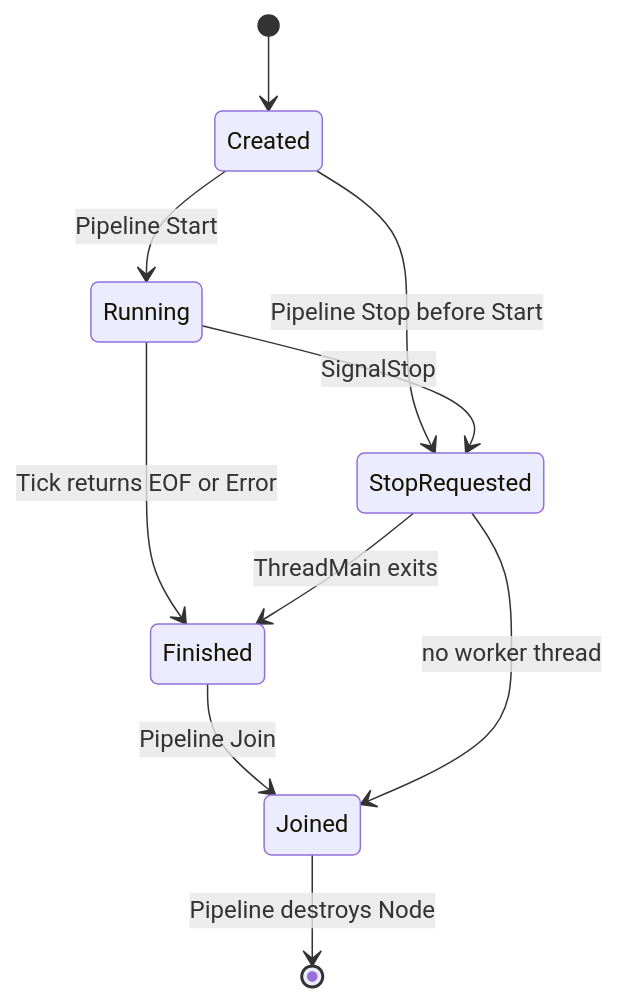
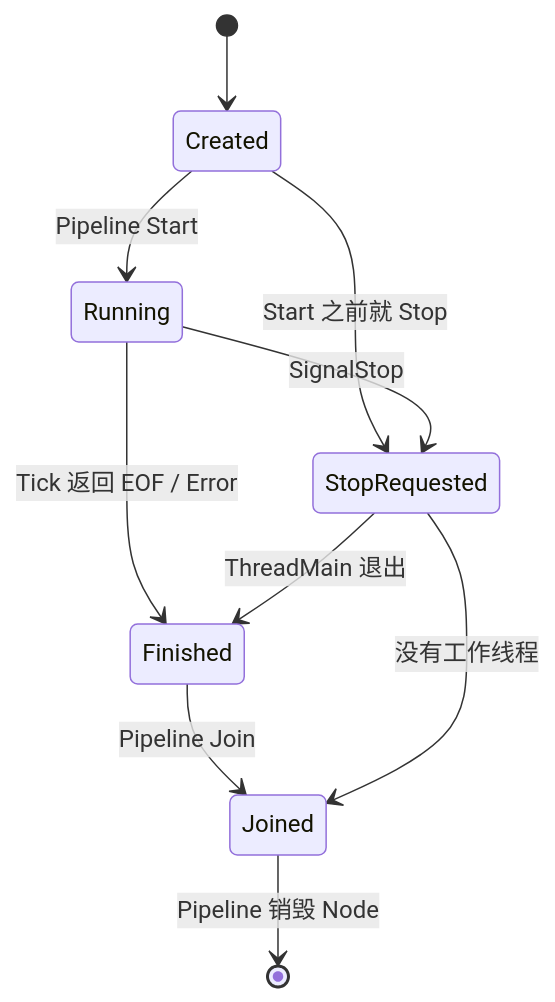
The first of 2 diagrams in ARCHITECTURE.md (fuzhanmeng/media_player), drawn with Mermaid before and after one commit. The commit also changed other lines of this file and 4 other files, not shown here.

````diff
--- a/ARCHITECTURE.md
+++ b/ARCHITECTURE.md
@@ -191,12 +167,12 @@
 ```mermaid
 stateDiagram-v2
     [*] --> Created
     Created --> Running: Pipeline Start
-    Created --> StopRequested: Pipeline Stop before Start
+    Created --> StopRequested: Start 之前就 Stop
     Running --> StopRequested: SignalStop
-    Running --> Finished: Tick returns EOF or Error
-    StopRequested --> Finished: ThreadMain exits
+    Running --> Finished: Tick 返回 EOF / Error
+    StopRequested --> Finished: ThreadMain 退出
     Finished --> Joined: Pipeline Join
-    StopRequested --> Joined: no worker thread
-    Joined --> [*]: Pipeline destroys Node
+    StopRequested --> Joined: 没有工作线程
+    Joined --> [*]: Pipeline 销毁 Node
 ```
````
